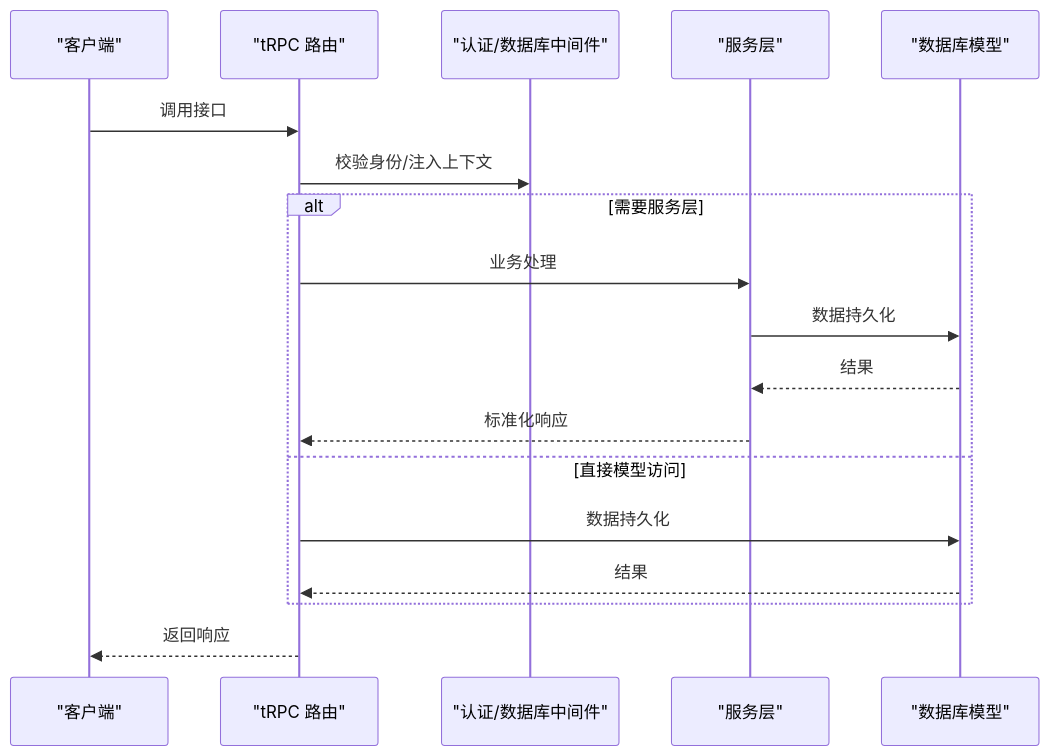
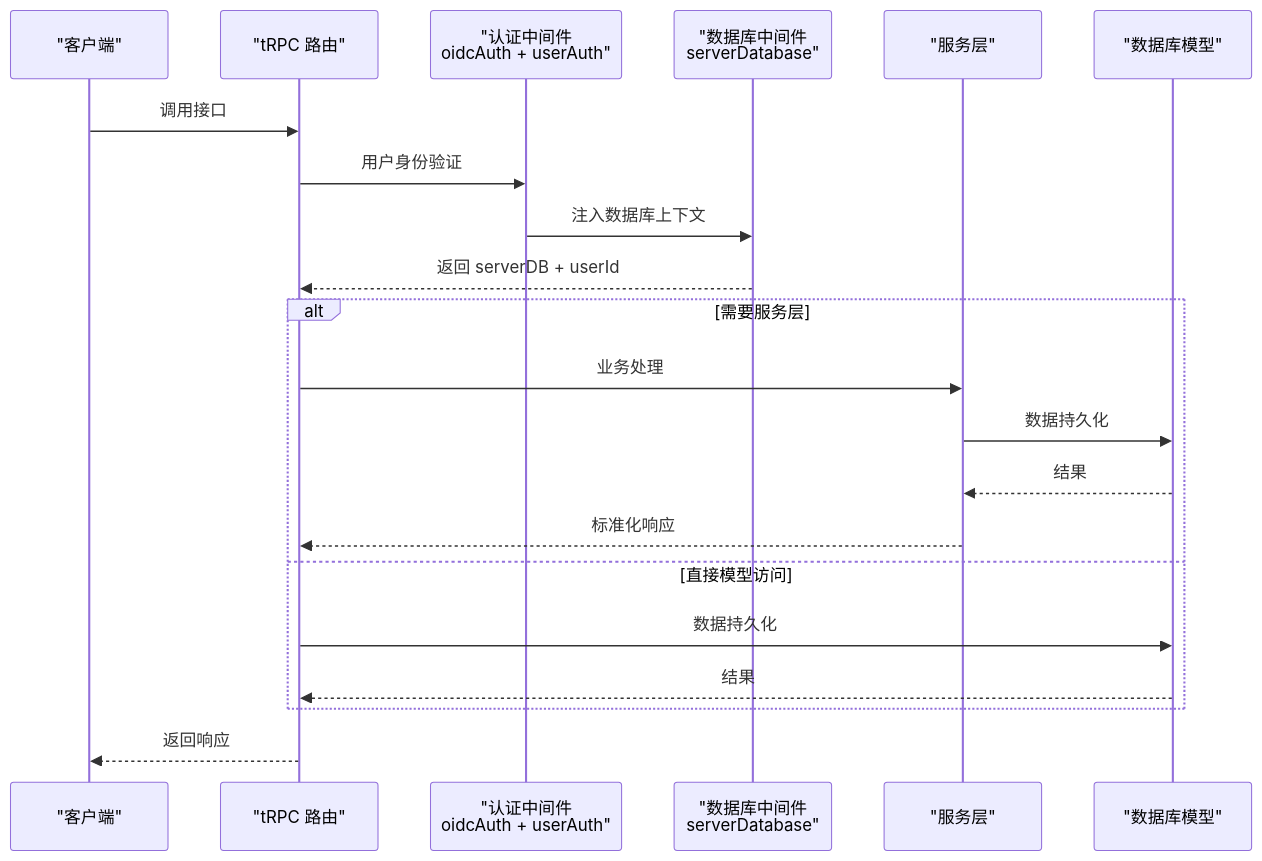
The second of 7 diagrams in .qoder/repowiki/zh/content/API 接口文档/tRPC 接口规范/Lambda 路由模块/Agent 路由模块.md (AvatoLabs/avato), drawn with Mermaid before and after one commit. The commit also changed other lines of this file and 158 other files, not shown here.

````diff
--- a/.qoder/repowiki/zh/content/API 接口文档/tRPC 接口规范/Lambda 路由模块/Agent 路由模块.md
+++ b/.qoder/repowiki/zh/content/API 接口文档/tRPC 接口规范/Lambda 路由模块/Agent 路由模块.md
@@ -96,20 +105,23 @@
 ```mermaid
 sequenceDiagram
 participant Client as "客户端"
 participant Router as "tRPC 路由"
-participant Middleware as "认证/数据库中间件"
+participant AuthMW as "认证中间件<br/>oidcAuth + userAuth"
+participant DBMW as "数据库中间件<br/>serverDatabase"
 participant Service as "服务层"
 participant Model as "数据库模型"
 Client->>Router : 调用接口
-Router->>Middleware : 校验身份/注入上下文
+Router->>AuthMW : 用户身份验证
+AuthMW->>DBMW : 注入数据库上下文
+DBMW-->>Router : 返回 serverDB + userId
 alt 需要服务层
 Router->>Service : 业务处理
 Service->>Model : 数据持久化
 Model-->>Service : 结果
 Service-->>Router : 标准化响应
 else 直接模型访问
 Router->>Model : 数据持久化
 Model-->>Router : 结果
 end
 Router-->>Client : 返回响应
 ```
````
